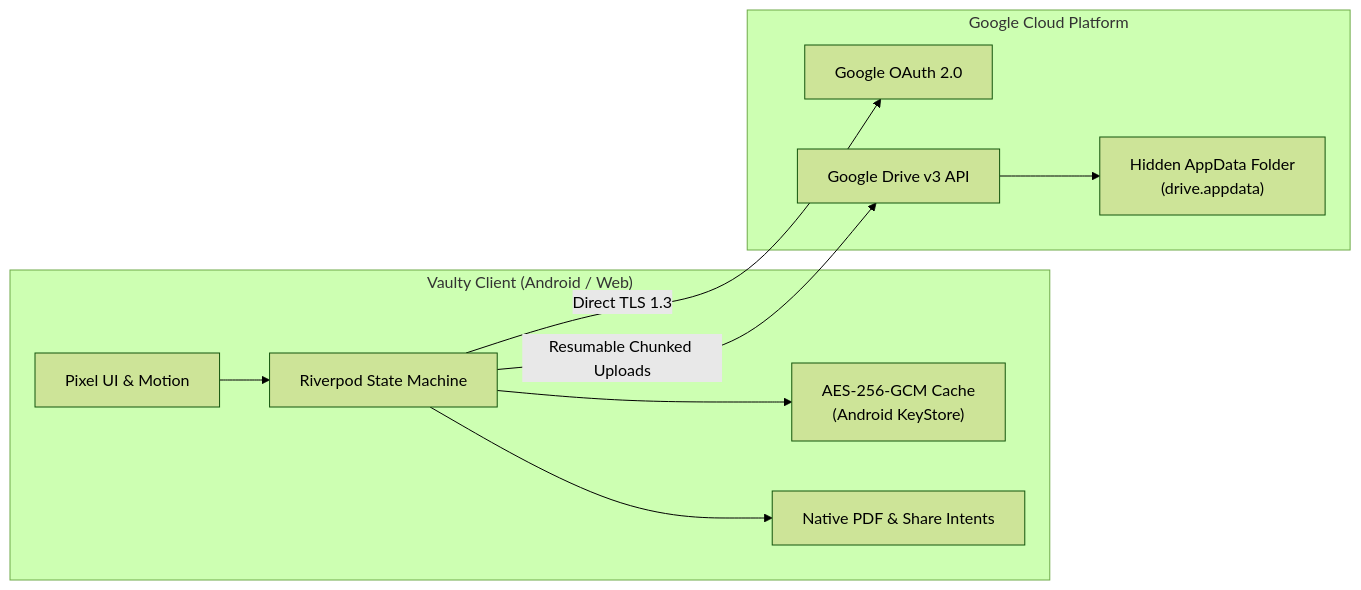
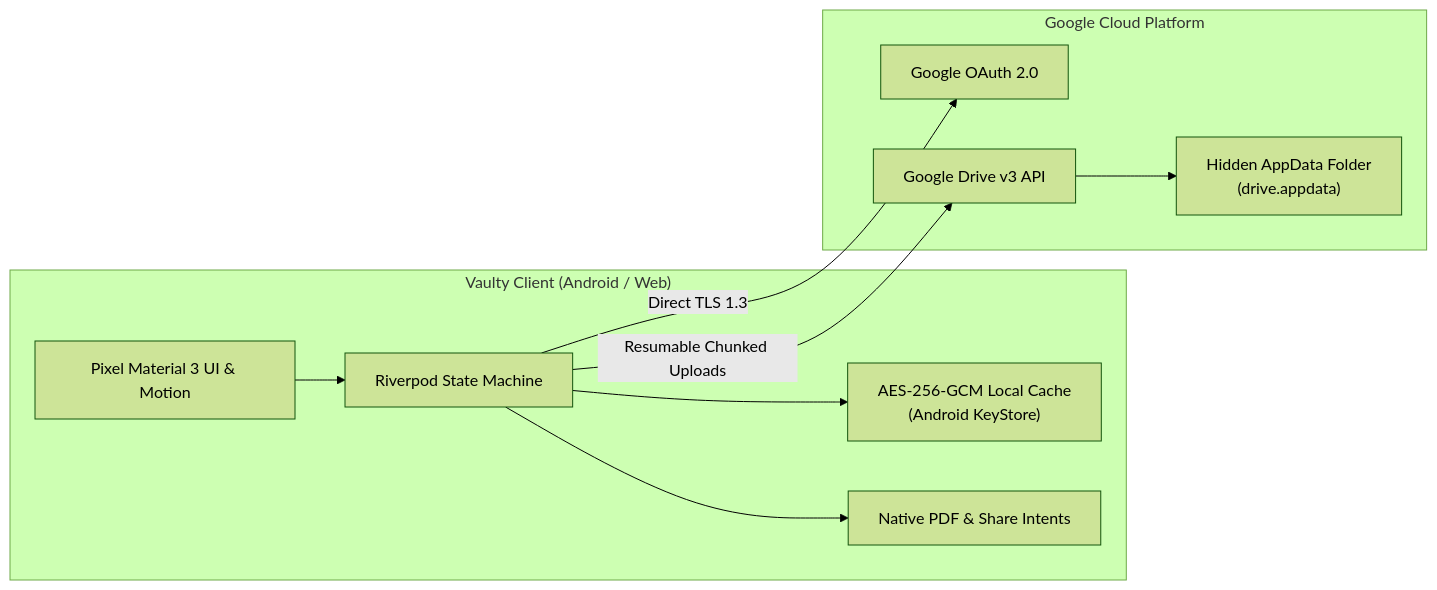
One commit to Byte-Craftsman-Alpha/Document-Organizer changed the diagram in README.md. Above: the diagram before and after it, drawn with Mermaid (forest theme). The commit also changed other lines of this file and 15 other files, not shown here.

Commit message:
docs: add app icon, uniform 1080x2340 screenshots, competitor comparison, case studies and fix GitHub Pages Mermaid rendering

````diff
--- a/README.md
+++ b/README.md
@@ -41,22 +64,22 @@
 ```mermaid
 flowchart LR
     subgraph Client["Vaulty Client (Android / Web)"]
-        UI["Pixel UI & Motion"]
+        UI["Pixel Material 3 UI & Motion"]
         State["Riverpod State Machine"]
-        Cache["AES-256-GCM Cache\n(Android KeyStore)"]
+        Cache["AES-256-GCM Local Cache\n(Android KeyStore)"]
         Native["Native PDF & Share Intents"]
     end
 
     subgraph Google["Google Cloud Platform"]
         Auth["Google OAuth 2.0"]
         Drive["Google Drive v3 API"]
         AppData["Hidden AppData Folder\n(drive.appdata)"]
     end
 
     UI --> State
     State --> Cache
     State --> Native
     State -->|Direct TLS 1.3| Auth
     State -->|Resumable Chunked Uploads| Drive
     Drive --> AppData
 ```
````
